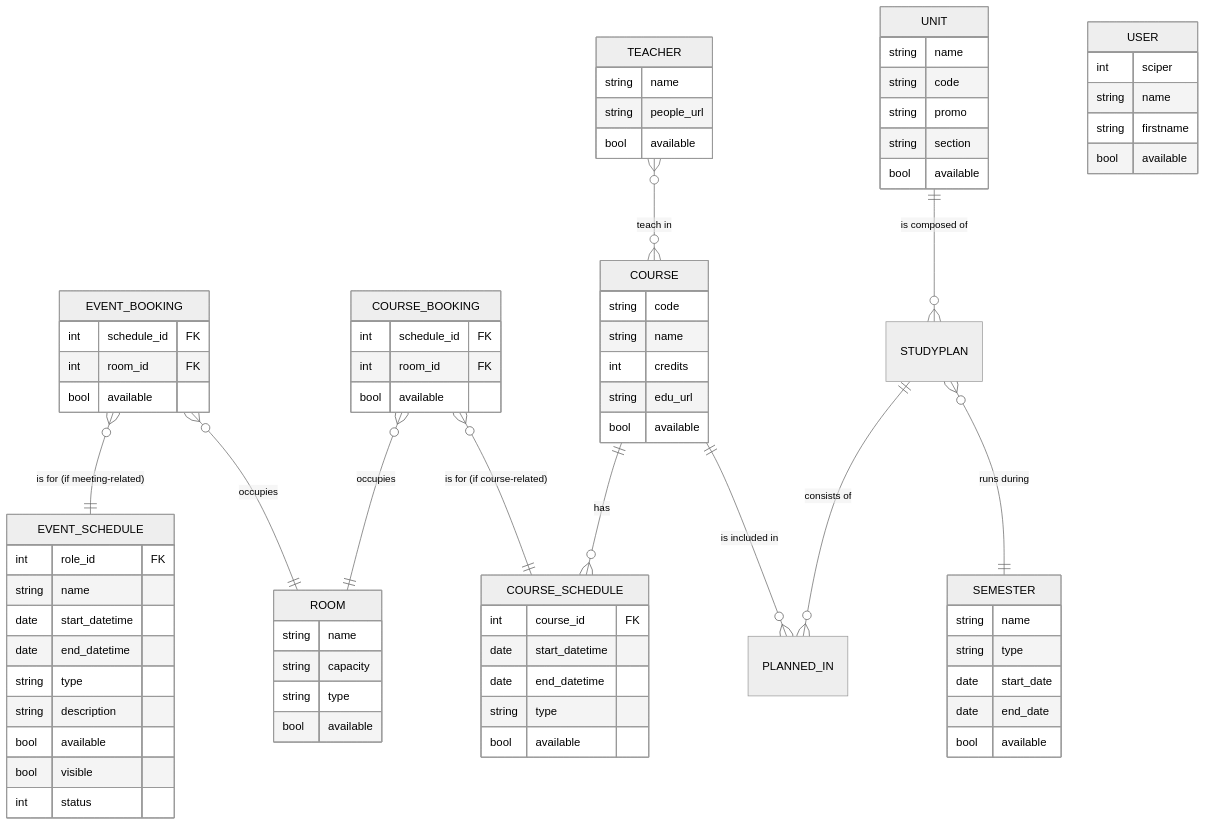
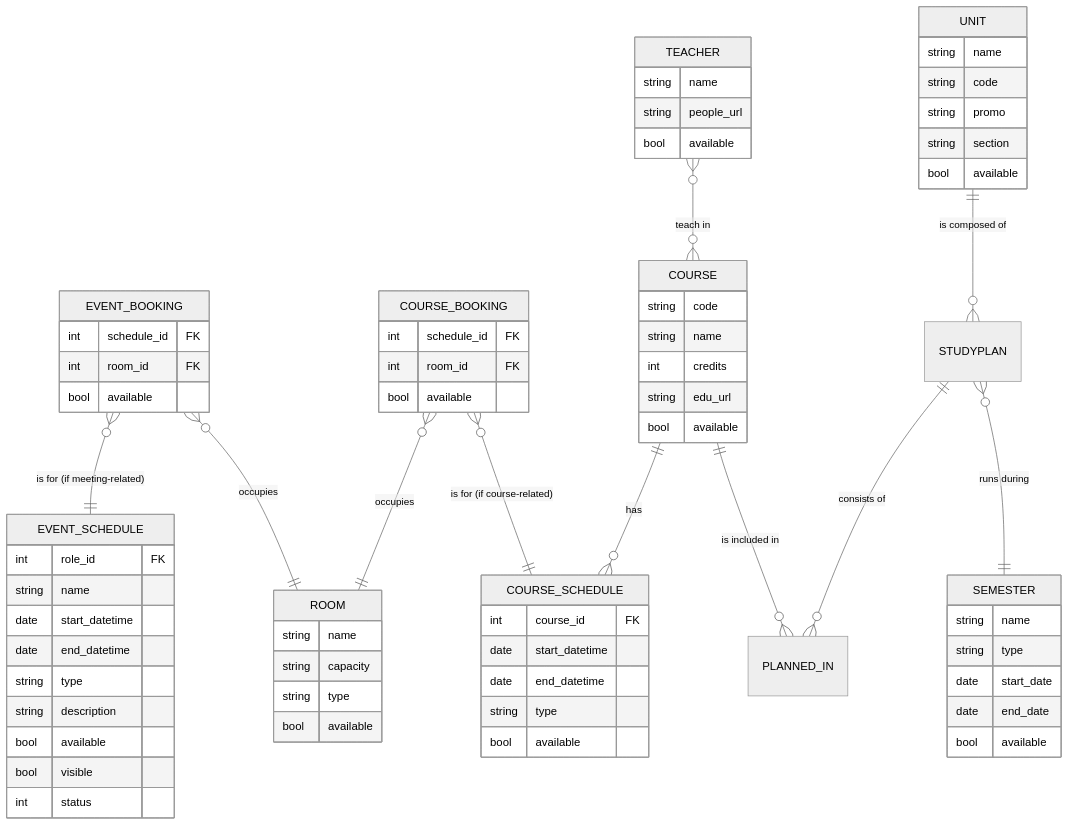
Before and after one commit to antoninfaure/occupancy-epfl: the diagram in README.md, drawn with Mermaid (neutral theme).

```diff
--- a/README.md
+++ b/README.md
@@ -84,14 +84,6 @@
         int status
     }
 
-   
-
-    USER {
-        int sciper
-        string name
-        string firstname
-        bool available
-    }
 
     ROOM {
         string name
```
